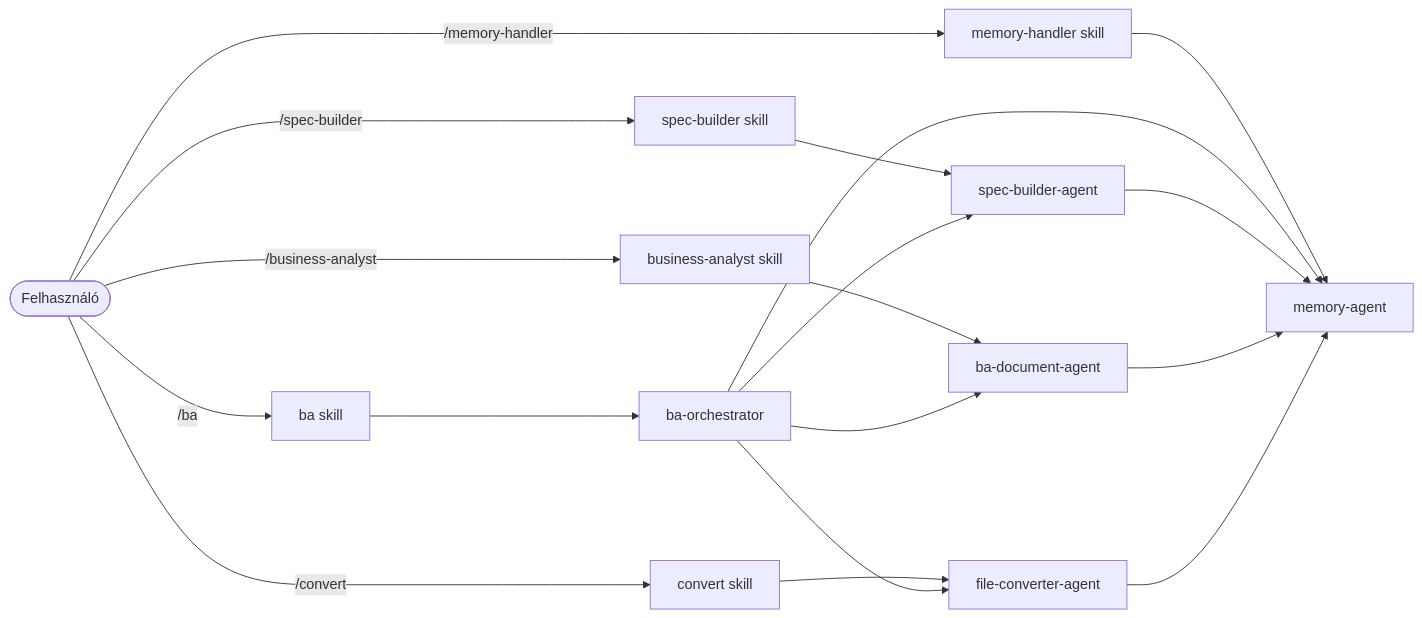
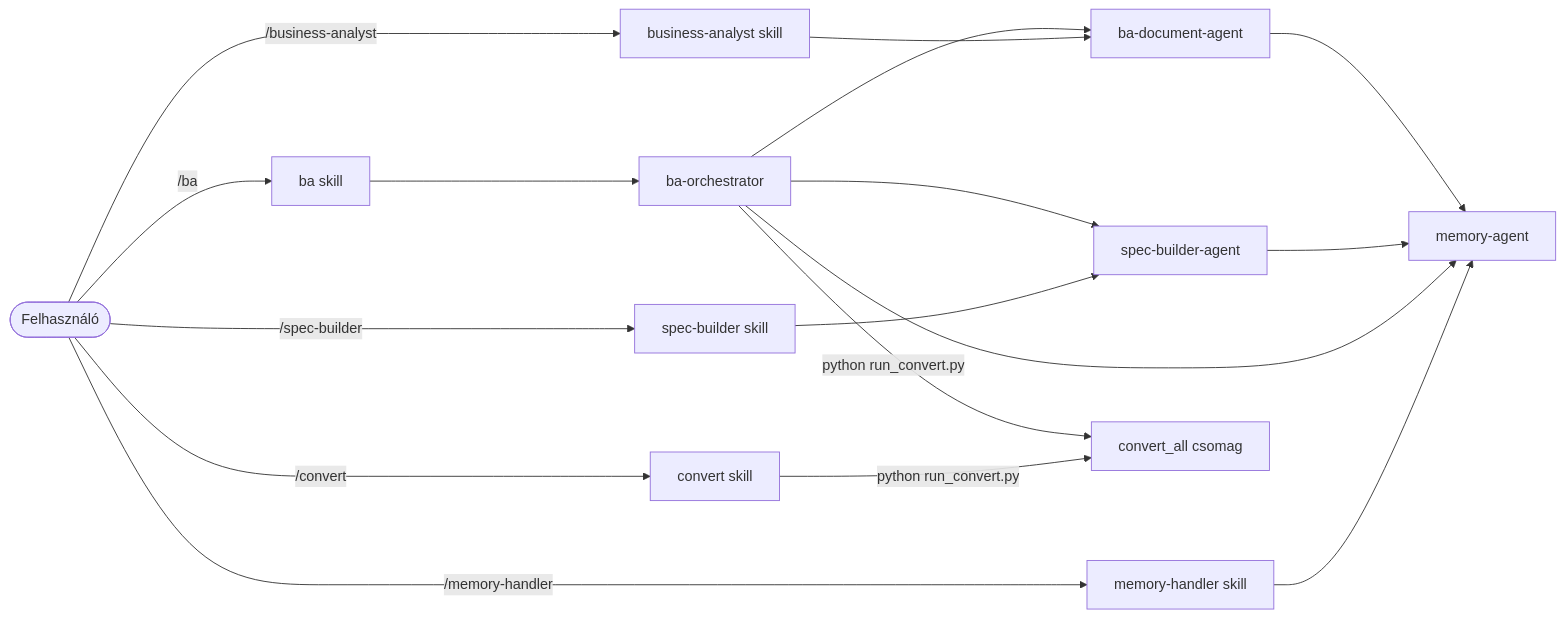
Before and after one commit to exphoenee/ba-team-docs: the diagram in .claude/agents/README.md, drawn with Mermaid. The commit also changed other lines of this file and 19 other files, not shown here.

````diff
--- a/.claude/agents/README.md
+++ b/.claude/agents/README.md
@@ -11,23 +11,22 @@
 ```mermaid
 %%{init: {'flowchart': { 'nodeSpacing': 100, 'rankSpacing': 150 } }}%%
 flowchart LR
     U([Felhasználó]) -->|"/ba"| S1[ba skill]
     U -->|"/spec-builder"| S2[spec-builder skill]
     U -->|"/business-analyst"| S3[business-analyst skill]
     U -->|"/memory-handler"| S4[memory-handler skill]
     U -->|"/convert"| S5[convert skill]
 
     S1 --> A1[ba-orchestrator]
     S2 --> A2[spec-builder-agent]
     S3 --> A3[ba-document-agent]
     S4 --> A4[memory-agent]
-    S5 --> A5[file-converter-agent]
+    S5 -->|"python run_convert.py"| PY[convert_all csomag]
 
-    A1 --> A5
+    A1 -->|"python run_convert.py"| PY
     A1 --> A4
     A1 --> A2
     A1 --> A3
     A2 --> A4
     A3 --> A4
-    A5 --> A4
 ```
````
